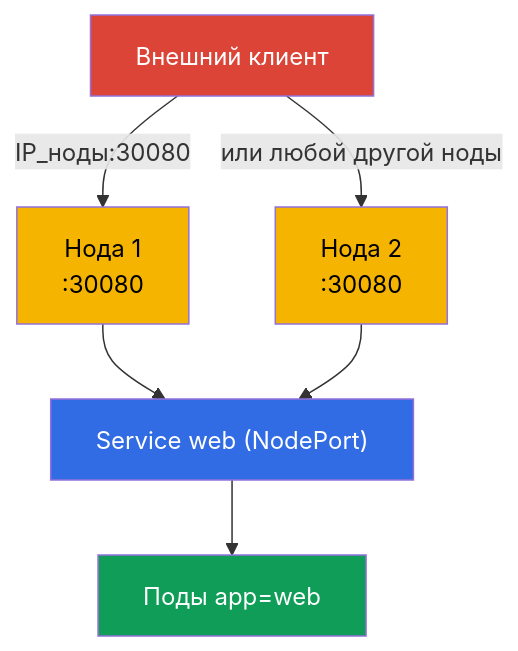
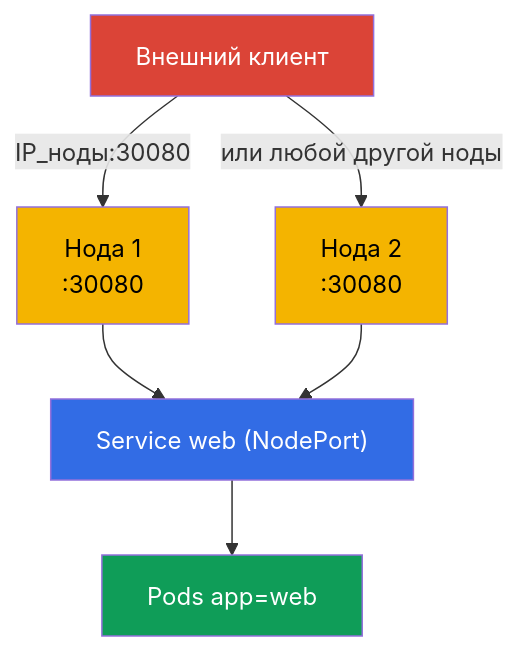
One commit to ViktorUJ/cks changed the sixth of 11 diagrams in tasks/cka/course/07/ru.md. Above: the diagram before and after it, drawn with Mermaid. The commit also changed other lines of this file and 15 other files, not shown here.

````diff
--- a/tasks/cka/course/07/ru.md
+++ b/tasks/cka/course/07/ru.md
@@ -172,18 +172,18 @@
 ```mermaid
 flowchart TB
     ext["Внешний клиент"]
     n1["Нода 1<br>:30080"]
     n2["Нода 2<br>:30080"]
     svc["Service web (NodePort)"]
-    pod["Поды app=web"]
+    pod["Pods app=web"]
     ext -->|"IP_ноды:30080"| n1
     ext -->|"или любой другой ноды"| n2
     n1 --> svc
     n2 --> svc
     svc --> pod
     style ext fill:#db4437,color:#fff
     style n1 fill:#f4b400,color:#000
     style n2 fill:#f4b400,color:#000
     style svc fill:#326ce5,color:#fff
     style pod fill:#0f9d58,color:#fff
 ```
````
